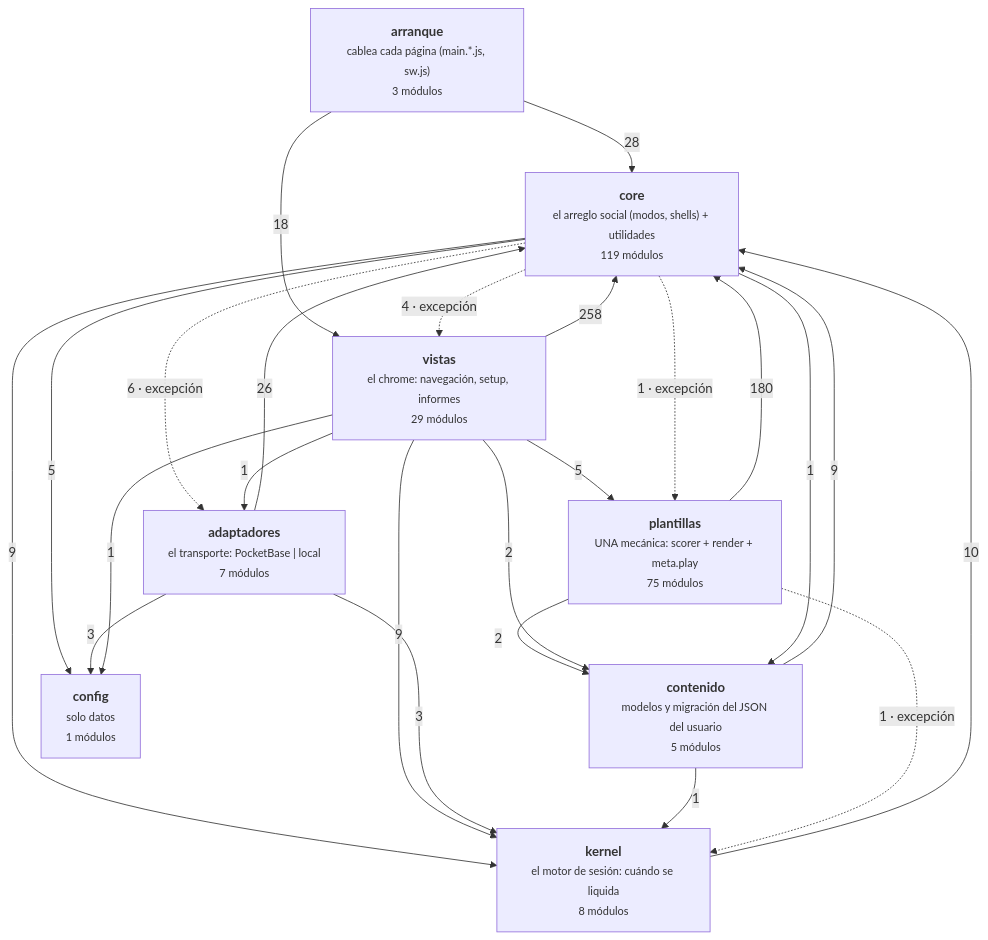
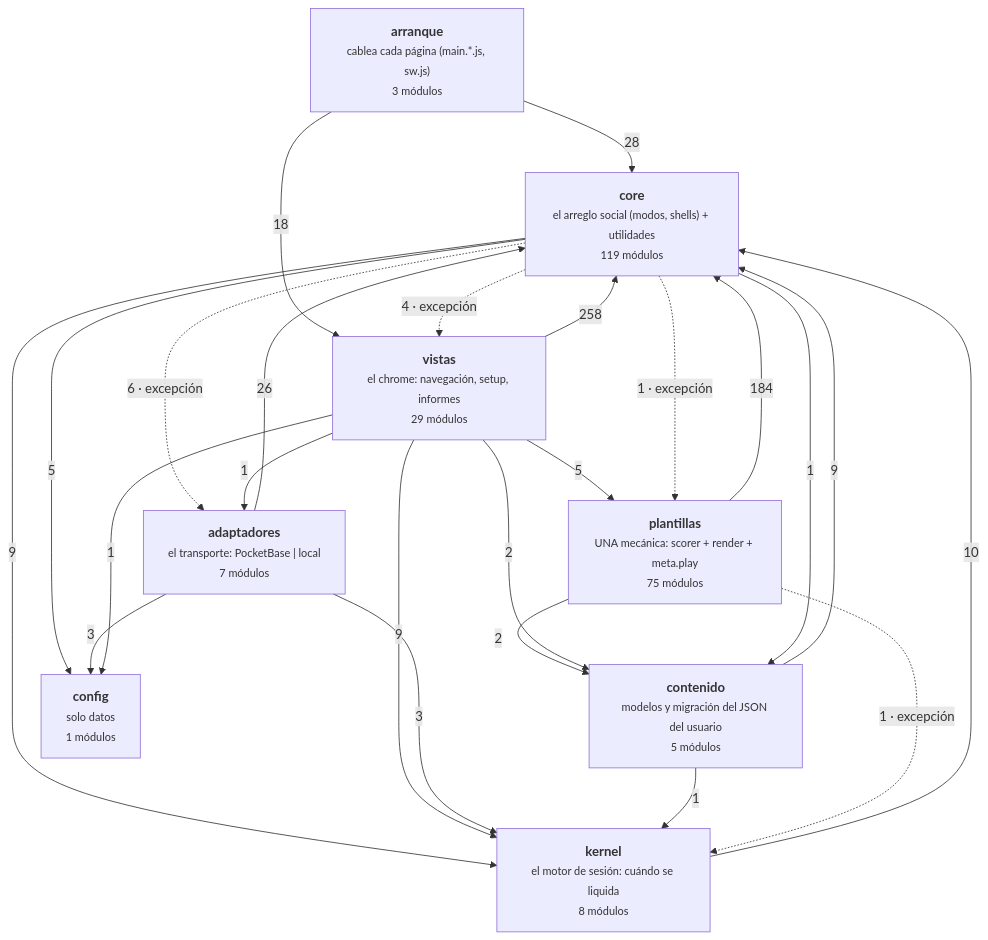
Before and after one commit to duecaz/ac: the diagram in docs/arquitectura-modulos.md, drawn with Mermaid. The commit also changed other lines of this file and 4 other files, not shown here.

````diff
--- a/docs/arquitectura-modulos.md
+++ b/docs/arquitectura-modulos.md
@@ -49,34 +49,34 @@
 ```mermaid
 graph TD
   A["<b>arranque</b><br/><small>cablea cada página (main.*.js, sw.js)</small><br/><small>3 módulos</small>"]
   V["<b>vistas</b><br/><small>el chrome: navegación, setup, informes</small><br/><small>29 módulos</small>"]
   AD["<b>adaptadores</b><br/><small>el transporte: PocketBase | local</small><br/><small>7 módulos</small>"]
   C["<b>core</b><br/><small>el arreglo social (modos, shells) + utilidades</small><br/><small>119 módulos</small>"]
   K["<b>kernel</b><br/><small>el motor de sesión: cuándo se liquida</small><br/><small>8 módulos</small>"]
   T["<b>plantillas</b><br/><small>UNA mecánica: scorer + render + meta.play</small><br/><small>75 módulos</small>"]
   CO["<b>contenido</b><br/><small>modelos y migración del JSON del usuario</small><br/><small>5 módulos</small>"]
   CF["<b>config</b><br/><small>solo datos</small><br/><small>1 módulos</small>"]
   V -->|258| C
-  T -->|180| C
+  T -->|184| C
   A -->|28| C
   AD -->|26| C
   A -->|18| V
   K -->|10| C
   C -->|9| K
   CO -->|9| C
   V -->|9| K
   C -.->|6 · excepción| AD
   C -->|5| CF
   V -->|5| T
   C -.->|4 · excepción| V
   AD -->|3| CF
   AD -->|3| K
   T -->|2| CO
   V -->|2| CO
   C -.->|1 · excepción| T
   C -->|1| CO
   CO -->|1| K
   T -.->|1 · excepción| K
   V -->|1| AD
   V -->|1| CF
 ```
````
